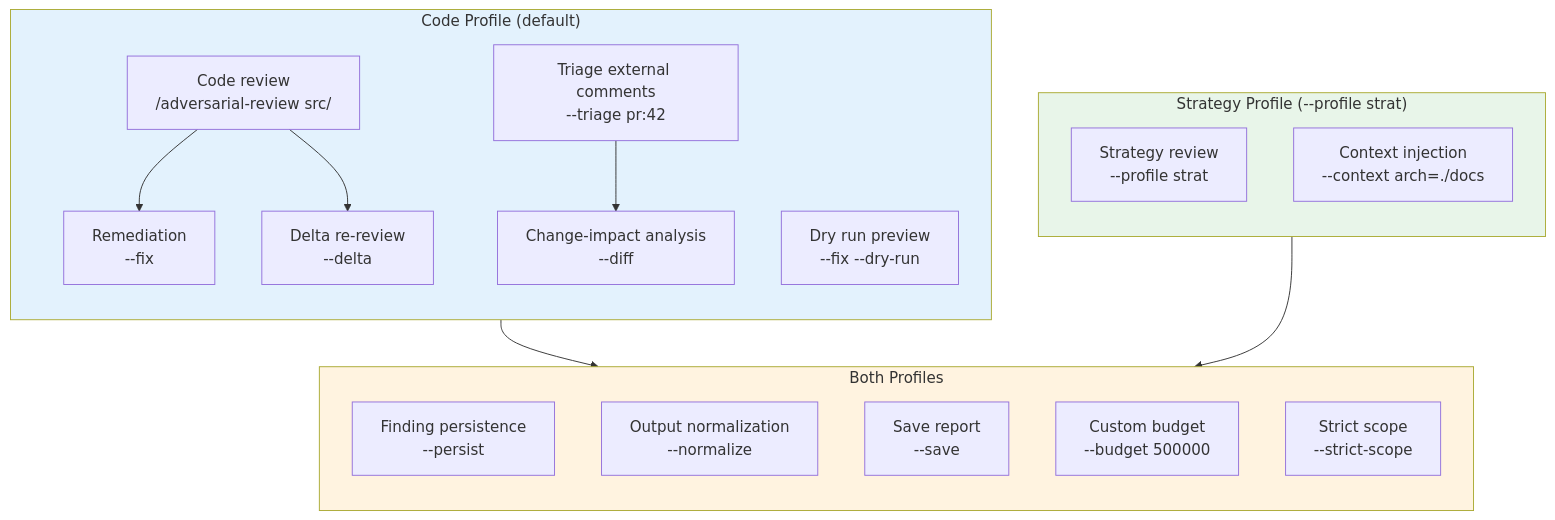
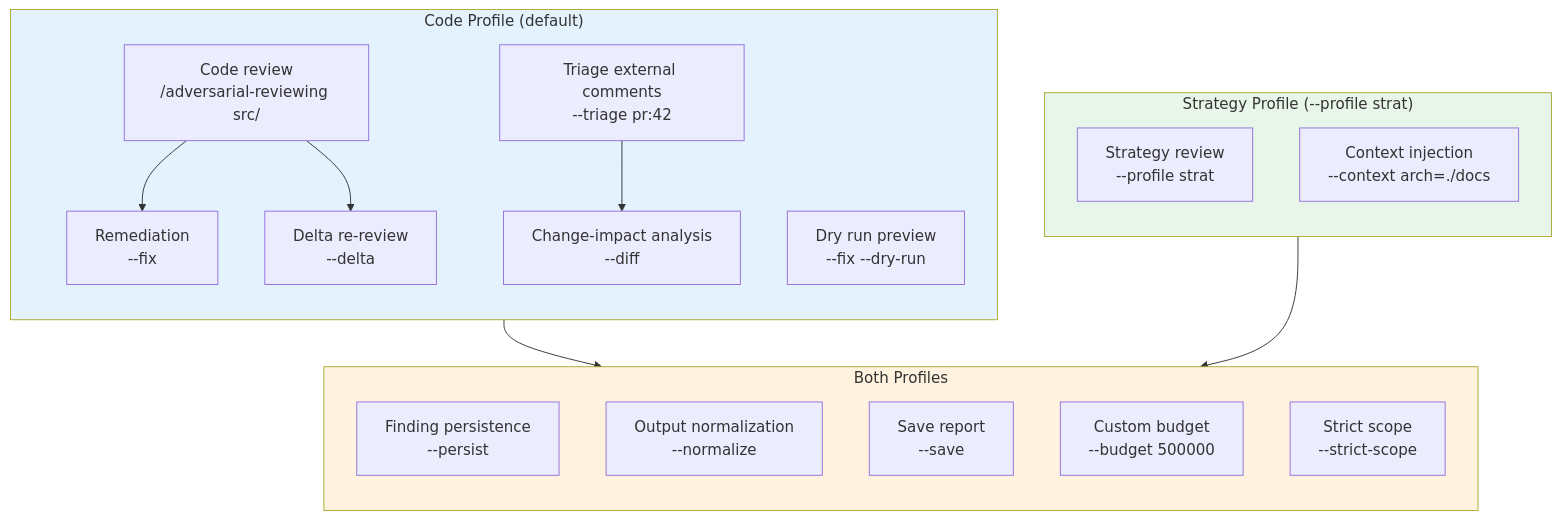
One commit to ugiordan/adversarial-reviewing changed the second of 2 diagrams in site/docs/index.md. Above: the diagram before and after it, drawn with Mermaid. The commit also changed other lines of this file and 39 other files, not shown here.

First line of the commit message:
refactor: rename repo and all references from adversarial-review to adversarial-reviewing

````diff
--- a/site/docs/index.md
+++ b/site/docs/index.md
@@ -138,37 +138,37 @@
 ```mermaid
 flowchart TB
     subgraph code["Code Profile (default)"]
         direction TB
-        CR["Code review\n/adversarial-review src/"]
+        CR["Code review\n/adversarial-reviewing src/"]
         TR["Triage external comments\n--triage pr:42"]
         CI["Change-impact analysis\n--diff"]
         DL["Delta re-review\n--delta"]
         FX["Remediation\n--fix"]
         DR["Dry run preview\n--fix --dry-run"]
         CR --> FX
         CR --> DL
         TR --> CI
     end
 
     subgraph strat["Strategy Profile (--profile strat)"]
         direction TB
         SR["Strategy review\n--profile strat"]
         CX["Context injection\n--context arch=./docs"]
     end
 
     subgraph both["Both Profiles"]
         direction TB
         PS["Finding persistence\n--persist"]
         NM["Output normalization\n--normalize"]
         SV["Save report\n--save"]
         BG["Custom budget\n--budget 500000"]
         SS["Strict scope\n--strict-scope"]
     end
 
     code --> both
     strat --> both
 
     style strat fill:#e8f5e9
     style code fill:#e3f2fd
     style both fill:#fff3e0
 ```
````
